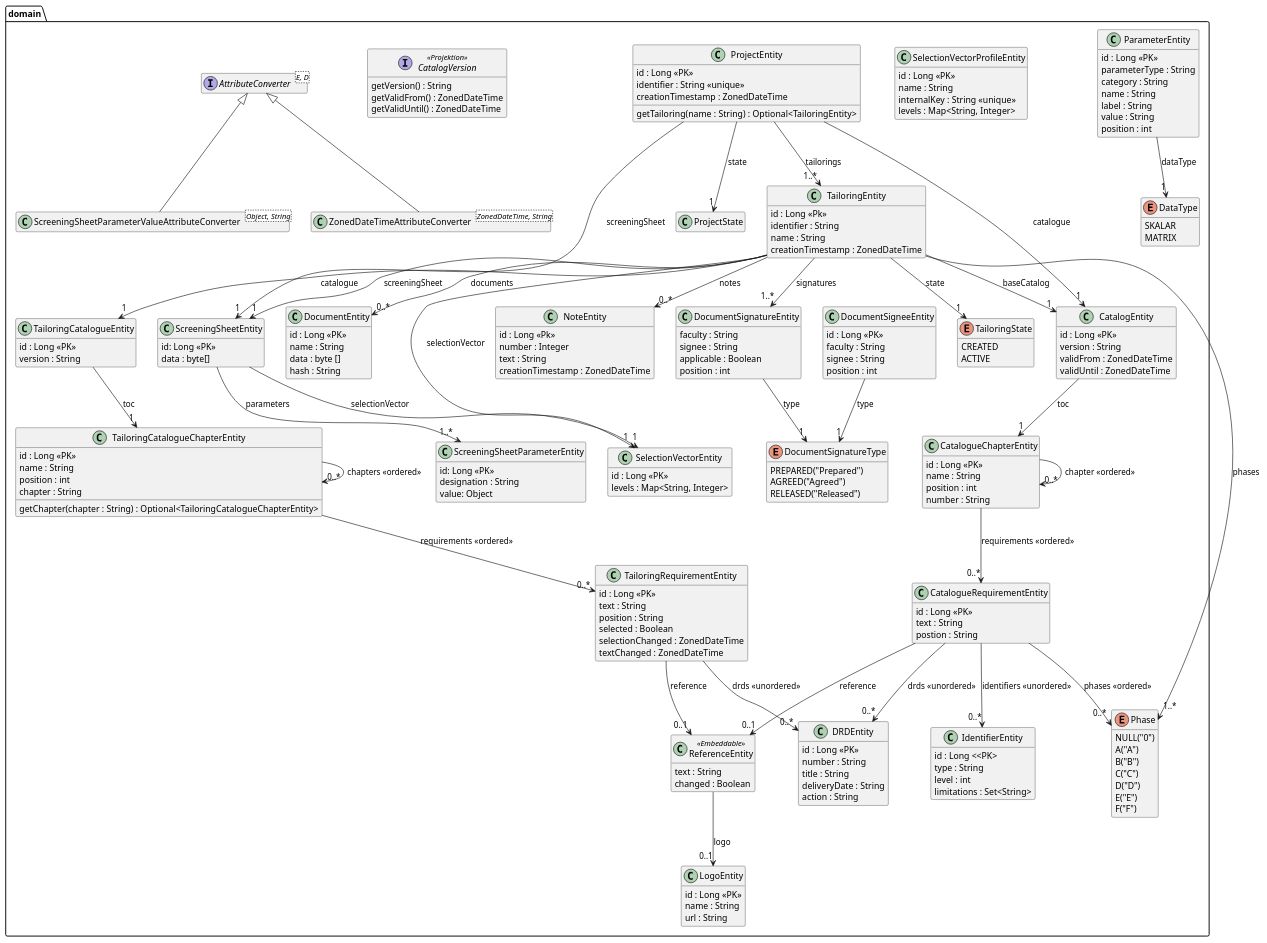
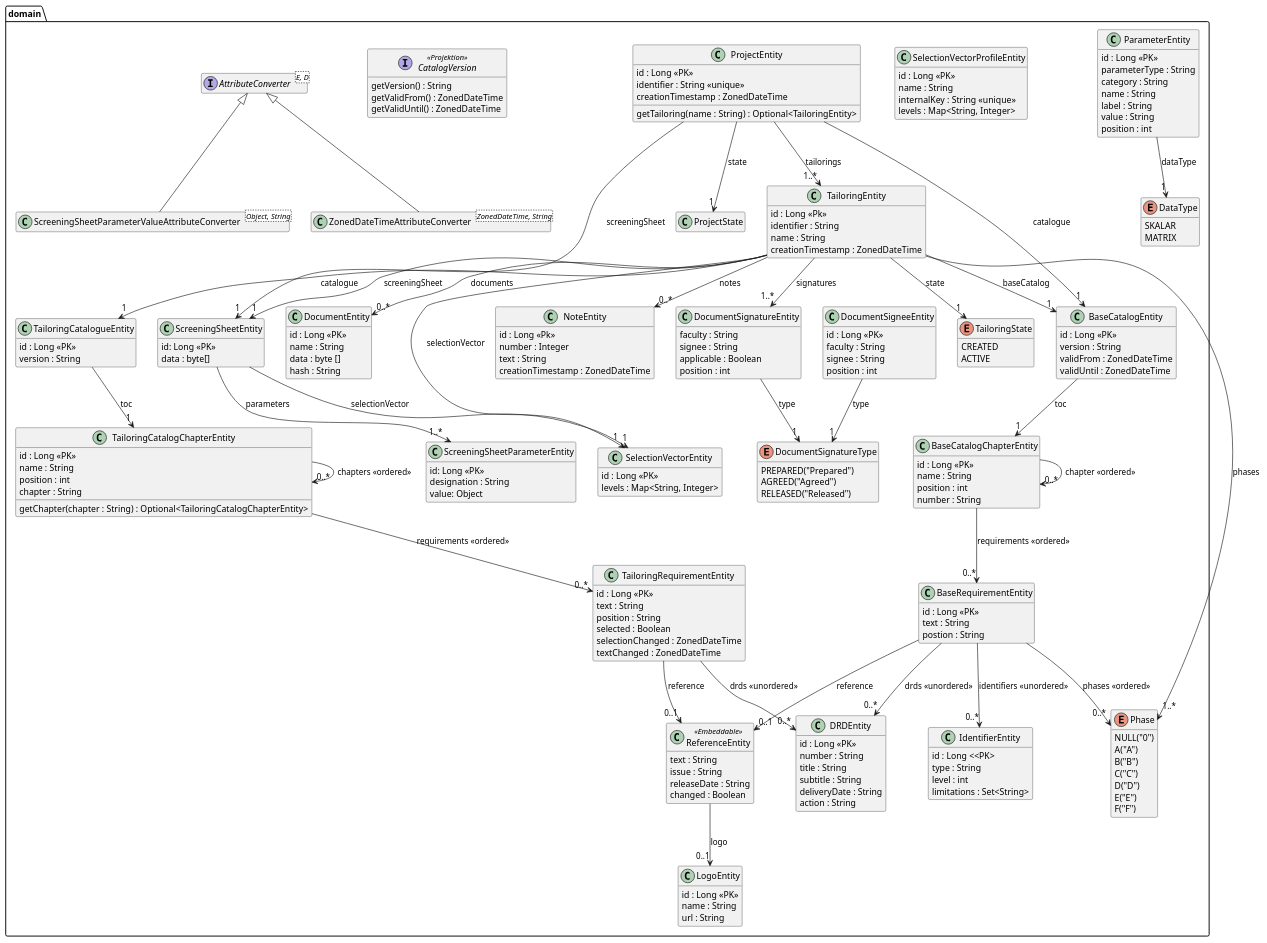
Before and after one commit to tailoringexpert/platform: the diagram in src/site/arc42/plantuml/data-jpa/domain/Ebene3.plantuml, drawn with PlantUML. The commit also changed 11 other files, not shown here.

```diff
--- a/src/site/arc42/plantuml/data-jpa/domain/Ebene3.plantuml
+++ b/src/site/arc42/plantuml/data-jpa/domain/Ebene3.plantuml
@@ -33,6 +33,7 @@
         id : Long <<PK>>
         number : String
         title : String
+        subtitle : String
         deliveryDate : String
         action : String
     }
@@ -45,6 +46,8 @@
 
     class ReferenceEntity <<Embeddable>>{
         text : String
+        issue : String
+        releaseDate : String
         changed : Boolean
     }
     ReferenceEntity --> "0..1" LogoEntity : logo
@@ -56,32 +59,32 @@
         limitations : Set<String>
     }
 
-    class CatalogueRequirementEntity {
+    class BaseRequirementEntity {
         id : Long <<PK>>
         text : String
         postion : String
     }
-    CatalogueRequirementEntity --> "0..1" ReferenceEntity : reference
-    CatalogueRequirementEntity --> "0..*" Phase : phases <<ordered>>
-    CatalogueRequirementEntity --> "0..*" IdentifierEntity : identifiers <<unordered>>
-    CatalogueRequirementEntity --> "0..*" DRDEntity : drds <<unordered>>
+    BaseRequirementEntity --> "0..1" ReferenceEntity : reference
+    BaseRequirementEntity --> "0..*" Phase : phases <<ordered>>
+    BaseRequirementEntity --> "0..*" IdentifierEntity : identifiers <<unordered>>
+    BaseRequirementEntity --> "0..*" DRDEntity : drds <<unordered>>
 
-    class CatalogueChapterEntity {
+    class BaseCatalogChapterEntity {
         id : Long <<PK>>
         name : String
         position : int
         number : String
     }
-    CatalogueChapterEntity --> "0..*" CatalogueChapterEntity : chapter <<ordered>>
-    CatalogueChapterEntity --> "0..*" CatalogueRequirementEntity : requirements <<ordered>>
+    BaseCatalogChapterEntity --> "0..*" BaseCatalogChapterEntity : chapter <<ordered>>
+    BaseCatalogChapterEntity --> "0..*" BaseRequirementEntity : requirements <<ordered>>
 
-    class CatalogEntity {
+    class BaseCatalogEntity {
         id : Long <<PK>>
         version : String
         validFrom : ZonedDateTime
         validUntil : ZonedDateTime
     }
-    CatalogEntity --> "1" CatalogueChapterEntity : toc
+    BaseCatalogEntity --> "1" BaseCatalogChapterEntity : toc
 
     enum Phase {
         NULL("0")
@@ -129,15 +132,15 @@
     TailoringRequirementEntity --> "0..1" ReferenceEntity : reference
     TailoringRequirementEntity --> "0..*" DRDEntity : drds <<unordered>>
 
-    class TailoringCatalogueChapterEntity {
+    class TailoringCatalogChapterEntity {
         id : Long <<PK>>
         name : String
         position : int
         chapter : String
-        getChapter(chapter : String) : Optional<TailoringCatalogueChapterEntity>
+        getChapter(chapter : String) : Optional<TailoringCatalogChapterEntity>
     }
-    TailoringCatalogueChapterEntity --> "0..*" TailoringCatalogueChapterEntity : chapters <<ordered>>
-    TailoringCatalogueChapterEntity --> "0..*" TailoringRequirementEntity : requirements <<ordered>>
+    TailoringCatalogChapterEntity --> "0..*" TailoringCatalogChapterEntity : chapters <<ordered>>
+    TailoringCatalogChapterEntity --> "0..*" TailoringRequirementEntity : requirements <<ordered>>
 
     enum DocumentSignatureType {
         PREPARED("Prepared")
@@ -183,7 +186,7 @@
         creationTimestamp : ZonedDateTime
     }
     TailoringEntity --> "1" SelectionVectorEntity : selectionVector
-    TailoringEntity --> "1" CatalogEntity : baseCatalog
+    TailoringEntity --> "1" BaseCatalogEntity : baseCatalog
     TailoringEntity --> "1" ScreeningSheetEntity : screeningSheet
     TailoringEntity --> "1..*" Phase : phases
     TailoringEntity --> "1" TailoringCatalogueEntity : catalogue
@@ -196,7 +199,7 @@
         id : Long <<PK>>
         version : String
     }
-    TailoringCatalogueEntity --> "1" TailoringCatalogueChapterEntity : toc
+    TailoringCatalogueEntity --> "1" TailoringCatalogChapterEntity : toc
 
     class ProjectEntity {
         id : Long <<PK>>
@@ -204,7 +207,7 @@
         creationTimestamp : ZonedDateTime
         getTailoring(name : String) : Optional<TailoringEntity>
     }
-    ProjectEntity --> "1" CatalogEntity : catalogue
+    ProjectEntity --> "1" BaseCatalogEntity : catalogue
     ProjectEntity --> "1" ScreeningSheetEntity : screeningSheet
     ProjectEntity --> "1..*" TailoringEntity : tailorings
     ProjectEntity --> "1" ProjectState : state
```
